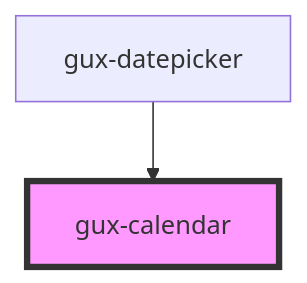
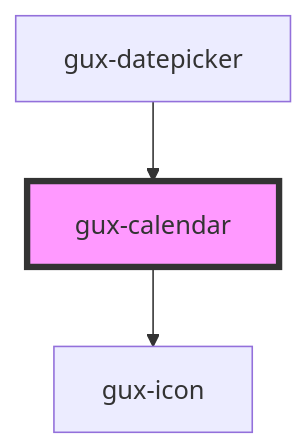
One commit to MyPureCloud/genesys-spark changed the diagram in src/components/gux-calendar/readme.md. Above: the diagram before and after it, drawn with Mermaid. The commit also changed other lines of this file and 79 other files, not shown here.

````diff
--- a/src/components/gux-calendar/readme.md
+++ b/src/components/gux-calendar/readme.md
@@ -56,5 +60,6 @@
 ```mermaid
 graph TD;
+  gux-calendar --> gux-icon
   gux-datepicker --> gux-calendar
   style gux-calendar fill:#f9f,stroke:#333,stroke-width:4px
 ```
````
